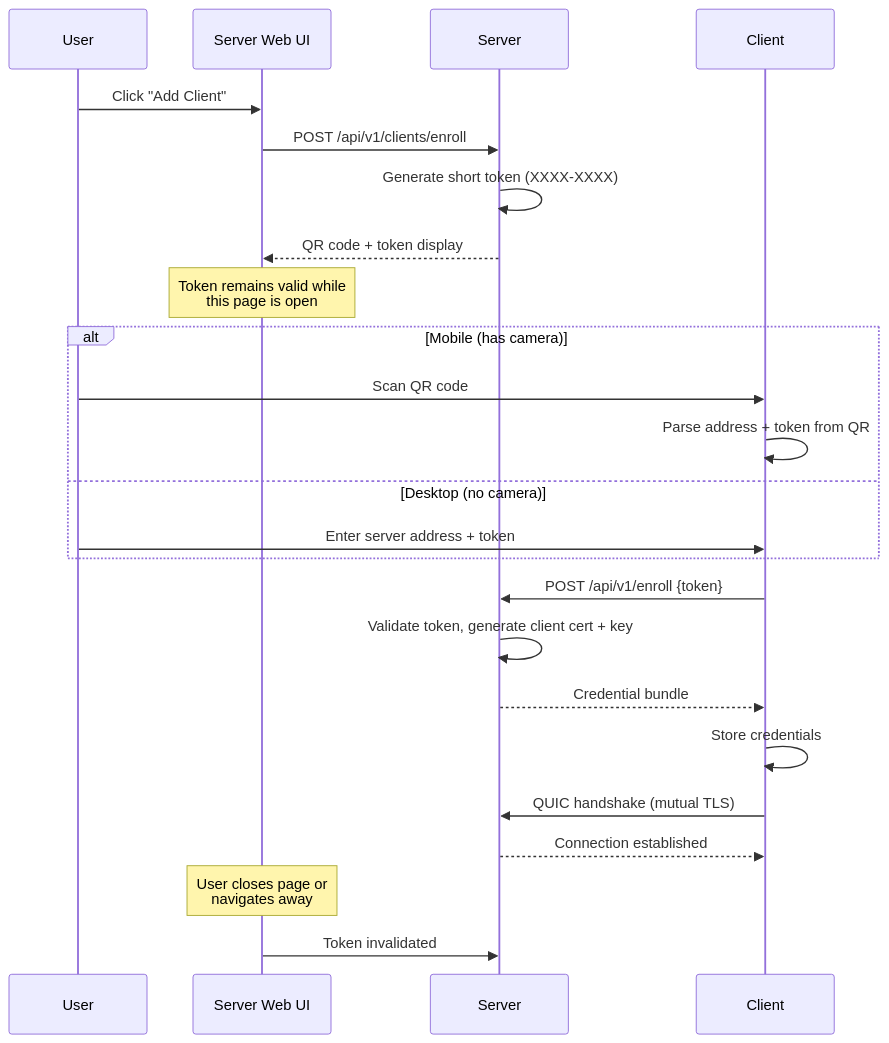
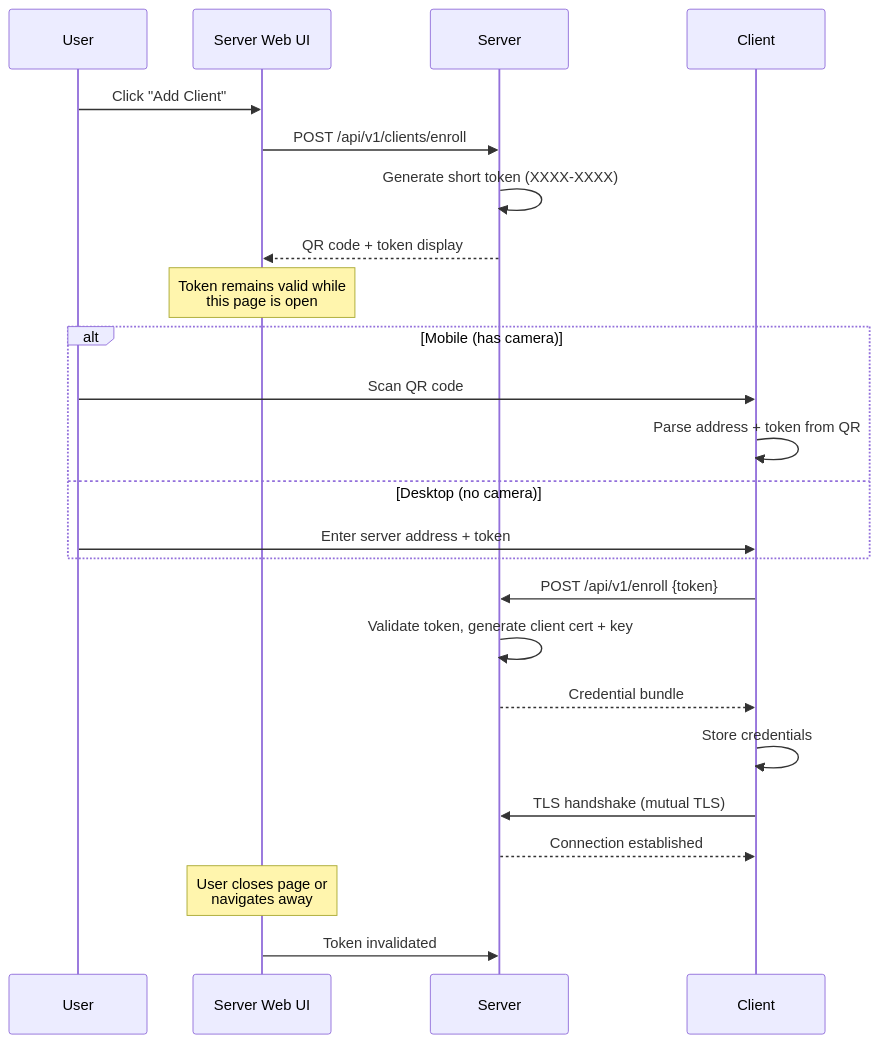
The diagram in docs/enrollment.md (SytheZN/simple-vms), drawn with Mermaid before and after one commit. The commit also changed other lines of this file and 11 other files, not shown here.

First line of the commit message:
docs: replace QUIC with TCP+TLS tunnel protocol

````diff
--- a/docs/enrollment.md
+++ b/docs/enrollment.md
@@ -20,32 +20,32 @@
 ```mermaid
 sequenceDiagram
     participant User
     participant WebUI as Server Web UI
     participant Server
     participant Client
 
     User->>WebUI: Click "Add Client"
     WebUI->>Server: POST /api/v1/clients/enroll
     Server->>Server: Generate short token (XXXX-XXXX)
     Server-->>WebUI: QR code + token display
 
     Note over WebUI: Token remains valid while<br/>this page is open
 
     alt Mobile (has camera)
         User->>Client: Scan QR code
         Client->>Client: Parse address + token from QR
     else Desktop (no camera)
         User->>Client: Enter server address + token
     end
 
     Client->>Server: POST /api/v1/enroll {token}
     Server->>Server: Validate token, generate client cert + key
     Server-->>Client: Credential bundle
     Client->>Client: Store credentials
 
-    Client->>Server: QUIC handshake (mutual TLS)
+    Client->>Server: TLS handshake (mutual TLS)
     Server-->>Client: Connection established
 
     Note over WebUI: User closes page or<br/>navigates away
     WebUI->>Server: Token invalidated
 ```
````
